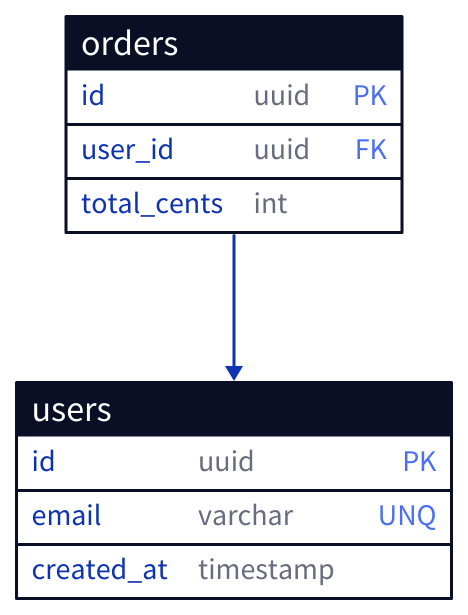
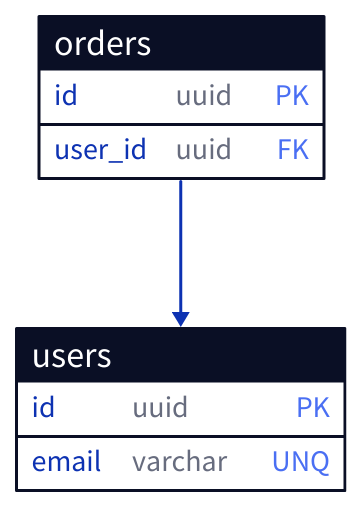
Before and after one commit to jrajasekera/d2-diagrams: the fifth of 5 diagrams in SKILL.md, drawn with D2. The commit also changed other lines of this file and 71 other files, not shown here.

````diff
--- a/SKILL.md
+++ b/SKILL.md
@@ -169,15 +240,13 @@
 ```d2
 users: {
   shape: sql_table
-  id: uuid { constraint: primary_key }
-  email: varchar { constraint: unique }
-  created_at: timestamp
+  id: uuid {constraint: primary_key}
+  email: varchar {constraint: unique}
 }
 orders: {
   shape: sql_table
-  id: uuid { constraint: primary_key }
-  user_id: uuid { constraint: foreign_key }
-  total_cents: int
+  id: uuid {constraint: primary_key}
+  user_id: uuid {constraint: foreign_key}
 }
 orders.user_id -> users.id
 ```
````
